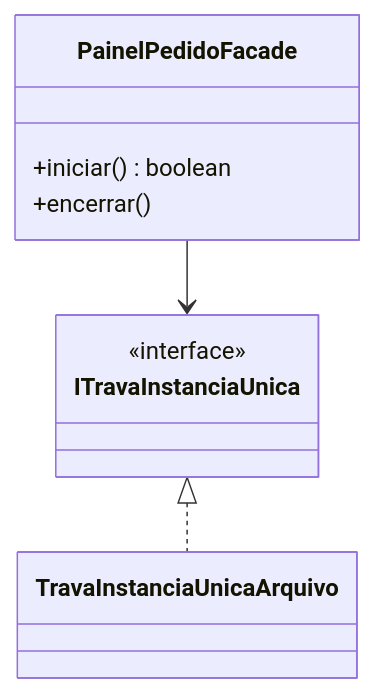
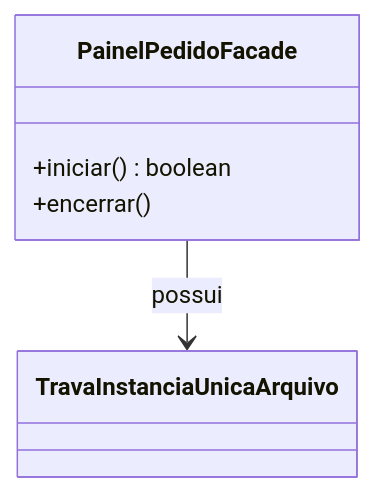
One commit to claytonfraga/painel_pedidos_component changed the seventh of 7 diagrams in openspec/specs/painel-acompanhamento-pedidos/design.md. Above: the diagram before and after it, drawn with Mermaid. The commit also changed other lines of this file and 4 other files, not shown here.

First line of the commit message:
docs(openspec): trava de instancia unica e detalhe interno

````diff
--- a/openspec/specs/painel-acompanhamento-pedidos/design.md
+++ b/openspec/specs/painel-acompanhamento-pedidos/design.md
@@ -230,11 +230,9 @@
 ```mermaid
 classDiagram
     class PainelPedidoFacade {
       +iniciar() boolean
       +encerrar()
     }
-    class ITravaInstanciaUnica { <<interface>> }
     class TravaInstanciaUnicaArquivo
-    PainelPedidoFacade --> ITravaInstanciaUnica
-    ITravaInstanciaUnica <|.. TravaInstanciaUnicaArquivo
+    PainelPedidoFacade --> TravaInstanciaUnicaArquivo : possui
 ```
````
